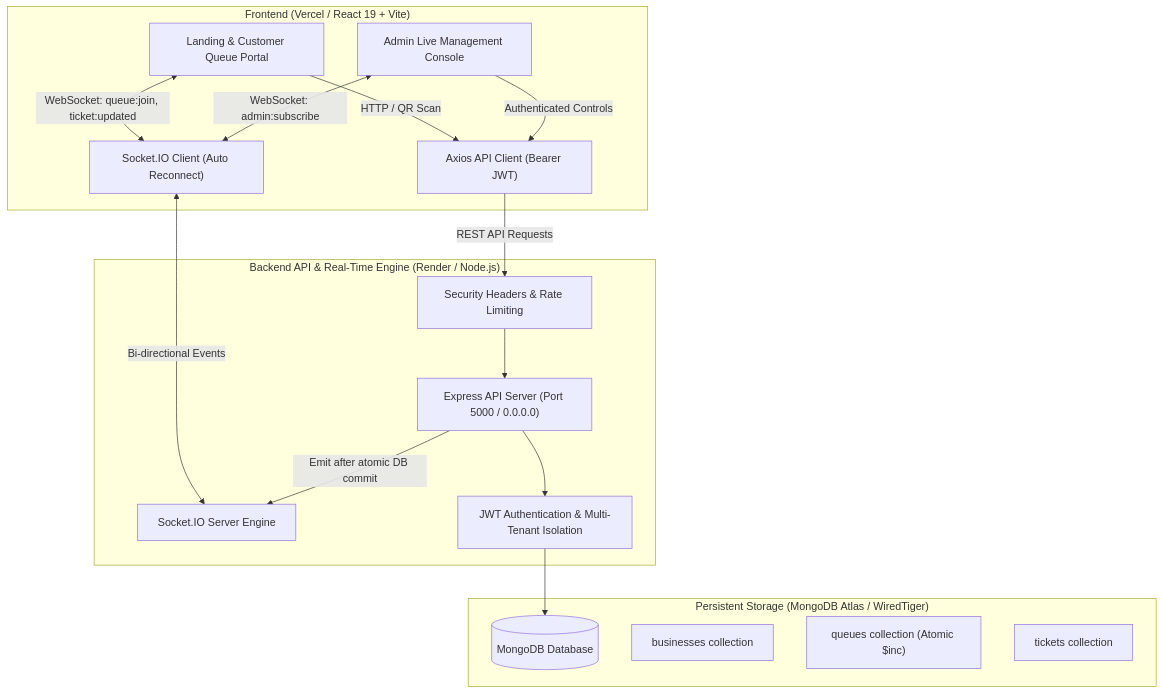
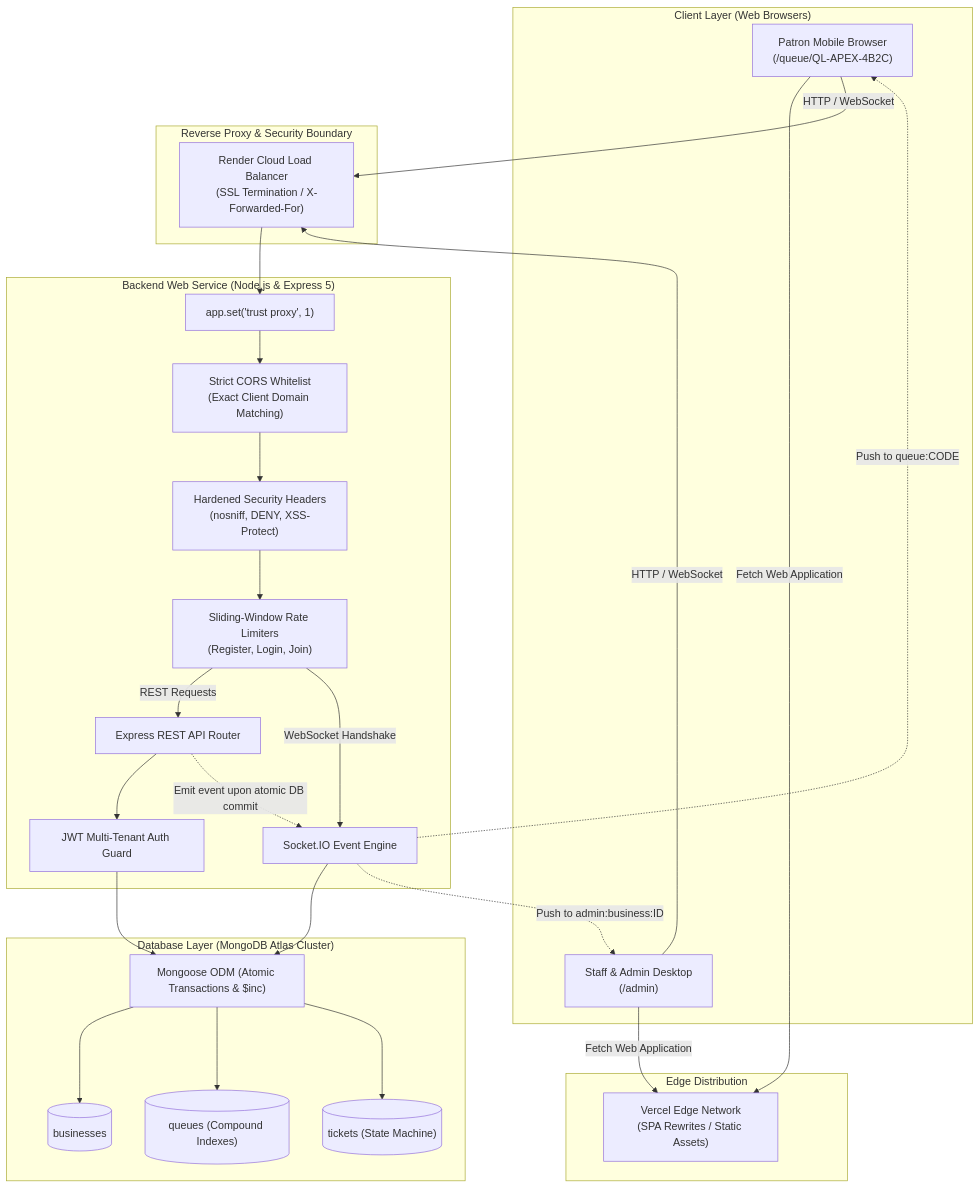
One commit to vivek28n/QueueLess changed the second of 2 diagrams in README.md. Above: the diagram before and after it, drawn with Mermaid. The commit also changed other lines of this file, not shown here.

````diff
--- a/README.md
+++ b/README.md
@@ -9,35 +228,59 @@
 ```mermaid
 flowchart TD
-    subgraph Client ["Frontend (Vercel / React 19 + Vite)"]
-        UI["Landing & Customer Queue Portal"]
-        AdminUI["Admin Live Management Console"]
-        AxiosClient["Axios API Client (Bearer JWT)"]
-        SocketClient["Socket.IO Client (Auto Reconnect)"]
+    subgraph Clients ["Client Layer (Web Browsers)"]
+        Customer["Patron Mobile Browser\n(/queue/QL-APEX-4B2C)"]
+        AdminStaff["Staff & Admin Desktop\n(/admin)"]
     end
 
-    subgraph Backend ["Backend API & Real-Time Engine (Render / Node.js)"]
-        ExpressApp["Express API Server (Port 5000 / 0.0.0.0)"]
-        SecHeaders["Security Headers & Rate Limiting"]
-        SocketServer["Socket.IO Server Engine"]
-        AuthMiddleware["JWT Authentication & Multi-Tenant Isolation"]
+    subgraph CDN ["Edge Distribution"]
+        VercelCDN["Vercel Edge Network\n(SPA Rewrites / Static Assets)"]
     end
 
-    subgraph Database ["Persistent Storage (MongoDB Atlas / WiredTiger)"]
-        DB[(MongoDB Database)]
-        BusinessCol["businesses collection"]
-        QueueCol["queues collection (Atomic $inc)"]
-        TicketCol["tickets collection"]
+    subgraph Gateway ["Reverse Proxy & Security Boundary"]
+        LB["Render Cloud Load Balancer\n(SSL Termination / X-Forwarded-For)"]
     end
 
-    UI -->|HTTP / QR Scan| AxiosClient
-    AdminUI -->|Authenticated Controls| AxiosClient
-    AxiosClient -->|REST API Requests| SecHeaders
-    SecHeaders --> ExpressApp
-    ExpressApp --> AuthMiddleware
-    AuthMiddleware --> DB
+    subgraph ServerApp ["Backend Web Service (Node.js & Express 5)"]
+        TrustProxy["app.set('trust proxy', 1)"]
+        RateLimit["Sliding-Window Rate Limiters\n(Register, Login, Join)"]
+        CORS["Strict CORS Whitelist\n(Exact Client Domain Matching)"]
+        SecurityHeaders["Hardened Security Headers\n(nosniff, DENY, XSS-Protect)"]
 
-    UI <-->|WebSocket: queue:join, ticket:updated| SocketClient
-    AdminUI <-->|WebSocket: admin:subscribe| SocketClient
-    SocketClient <-->|Bi-directional Events| SocketServer
-    ExpressApp -->|Emit after atomic DB commit| SocketServer
+        Router["Express REST API Router"]
+        SocketHub["Socket.IO Event Engine"]
+        AuthGuard["JWT Multi-Tenant Auth Guard"]
+    end
+
+    subgraph DataStore ["Database Layer (MongoDB Atlas Cluster)"]
+        MongooseEngine["Mongoose ODM (Atomic Transactions & $inc)"]
+        ColBusiness[("businesses")]
+        ColQueues[("queues (Compound Indexes)")]
+        ColTickets[("tickets (State Machine)")]
+    end
+
+    Customer -->|Fetch Web Application| VercelCDN
+    AdminStaff -->|Fetch Web Application| VercelCDN
+
+    Customer -->|HTTP / WebSocket| LB
+    AdminStaff -->|HTTP / WebSocket| LB
+
+    LB --> TrustProxy
+    TrustProxy --> CORS
+    CORS --> SecurityHeaders
+    SecurityHeaders --> RateLimit
+
+    RateLimit -->|REST Requests| Router
+    RateLimit -->|WebSocket Handshake| SocketHub
+
+    Router --> AuthGuard
+    AuthGuard --> MongooseEngine
+    SocketHub --> MongooseEngine
+
+    MongooseEngine --> ColBusiness
+    MongooseEngine --> ColQueues
+    MongooseEngine --> ColTickets
+
+    Router -.->|Emit event upon atomic DB commit| SocketHub
+    SocketHub -.->|Push to queue:CODE| Customer
+    SocketHub -.->|Push to admin:business:ID| AdminStaff
 ```
````
